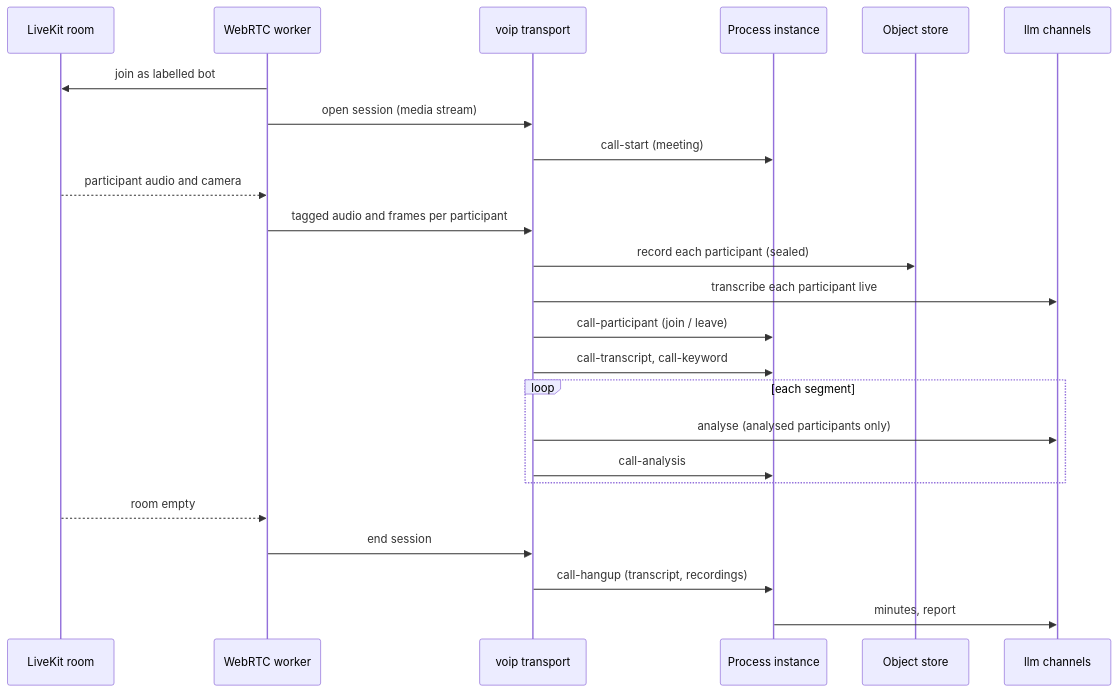
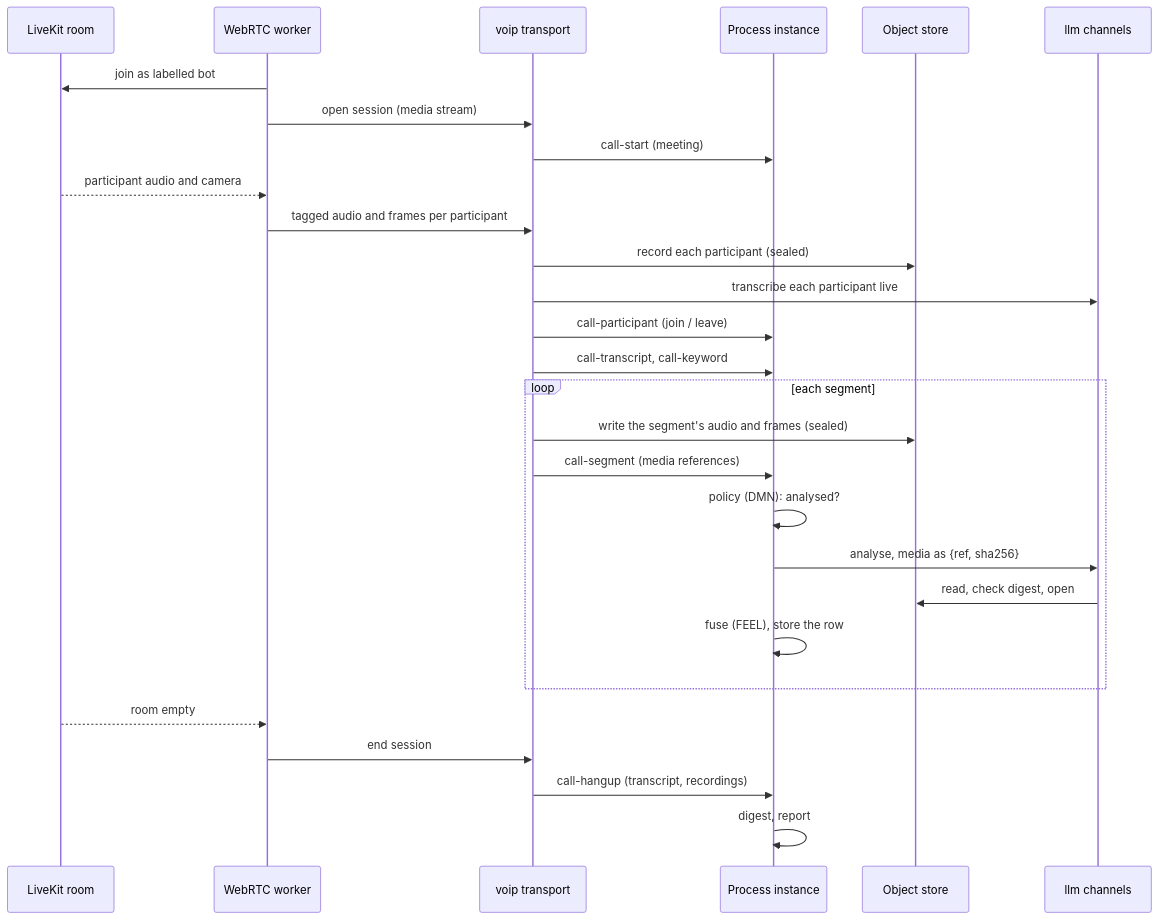
Before and after one commit to startr-trade/sutra-voice: the diagram in docs/src/architecture/meetings.md, drawn with Mermaid. The commit also changed other lines of this file and 15 other files, not shown here.

````diff
--- a/docs/src/architecture/meetings.md
+++ b/docs/src/architecture/meetings.md
@@ -13,26 +13,30 @@
 ```mermaid
 sequenceDiagram
     participant R as LiveKit room
     participant W as WebRTC worker
     participant T as voip transport
     participant F as Process instance
     participant O as Object store
     participant M as llm channels
     W->>R: join as labelled bot
     W->>T: open session (media stream)
     T->>F: call-start (meeting)
     R-->>W: participant audio and camera
     W->>T: tagged audio and frames per participant
     T->>O: record each participant (sealed)
     T->>M: transcribe each participant live
     T->>F: call-participant (join / leave)
     T->>F: call-transcript, call-keyword
     loop each segment
-        T->>M: analyse (analysed participants only)
-        T->>F: call-analysis
+        T->>O: write the segment's audio and frames (sealed)
+        T->>F: call-segment (media references)
+        F->>F: policy (DMN): analysed?
+        F->>M: analyse, media as {ref, sha256}
+        M->>O: read, check digest, open
+        F->>F: fuse (FEEL), store the row
     end
     R-->>W: room empty
     W->>T: end session
     T->>F: call-hangup (transcript, recordings)
-    F->>M: minutes, report
+    F->>F: digest, report
 ```
````
